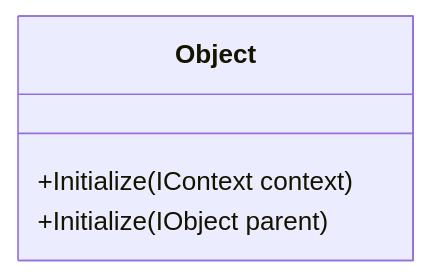
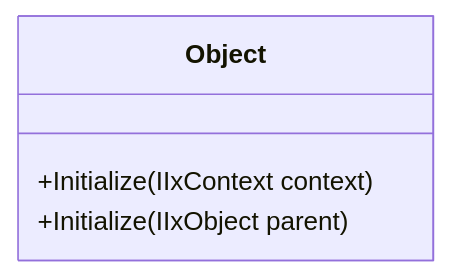
Before and after one commit to ix-ax/AXOpen: the third of 4 diagrams in src/core/ctrl/README.md, drawn with Mermaid. The commit also changed other lines of this file and 73 other files, not shown here.

````diff
--- a/src/core/ctrl/README.md
+++ b/src/core/ctrl/README.md
@@ -80,7 +80,7 @@
 ```mermaid
   classDiagram
     class Object{
-        +Initialize(IContext context)
-        +Initialize(IObject parent)        
+        +Initialize(IIxContext context)
+        +Initialize(IIxObject parent)        
     }     
 ```
````
